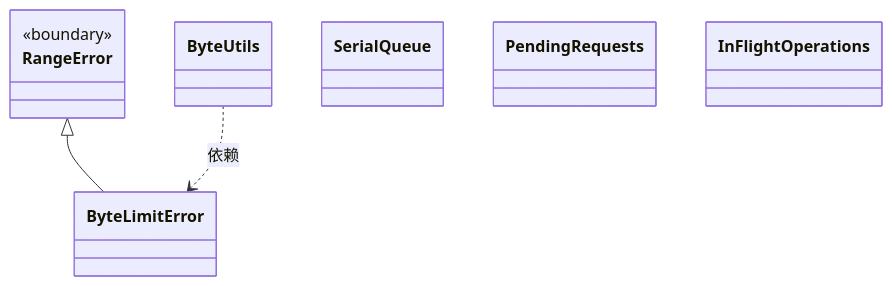
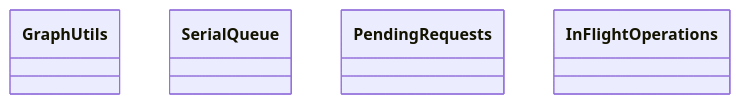
Before and after one commit to nan023062/cbim: the diagram in src/core/utility/ARCHITECTURE.md, drawn with Mermaid. The commit also changed other lines of this file and 461 other files, not shown here.

````diff
--- a/src/core/utility/ARCHITECTURE.md
+++ b/src/core/utility/ARCHITECTURE.md
@@ -32,18 +24,11 @@
 ```mermaid
 classDiagram
-class N_7eb8ee989493["ByteLimitError"]
-click N_7eb8ee989493 href "bytes.ts"
-class N_cd7b7ac94179["RangeError"] {
-  <<boundary>>
-}
-class N_357c70bf833c["ByteUtils"]
-click N_357c70bf833c href "bytes.ts"
+class N_2be749d7f0c5["GraphUtils"]
+click N_2be749d7f0c5 href "graphs.ts"
 class N_de81ddb11377["SerialQueue"]
 click N_de81ddb11377 href "async.ts"
 class N_faeda33bc800["PendingRequests"]
 click N_faeda33bc800 href "async.ts"
 class N_6b13caf426dd["InFlightOperations"]
 click N_6b13caf426dd href "async.ts"
-N_cd7b7ac94179 <|-- N_7eb8ee989493
-N_357c70bf833c ..> N_7eb8ee989493 : 依赖
 ```
````
